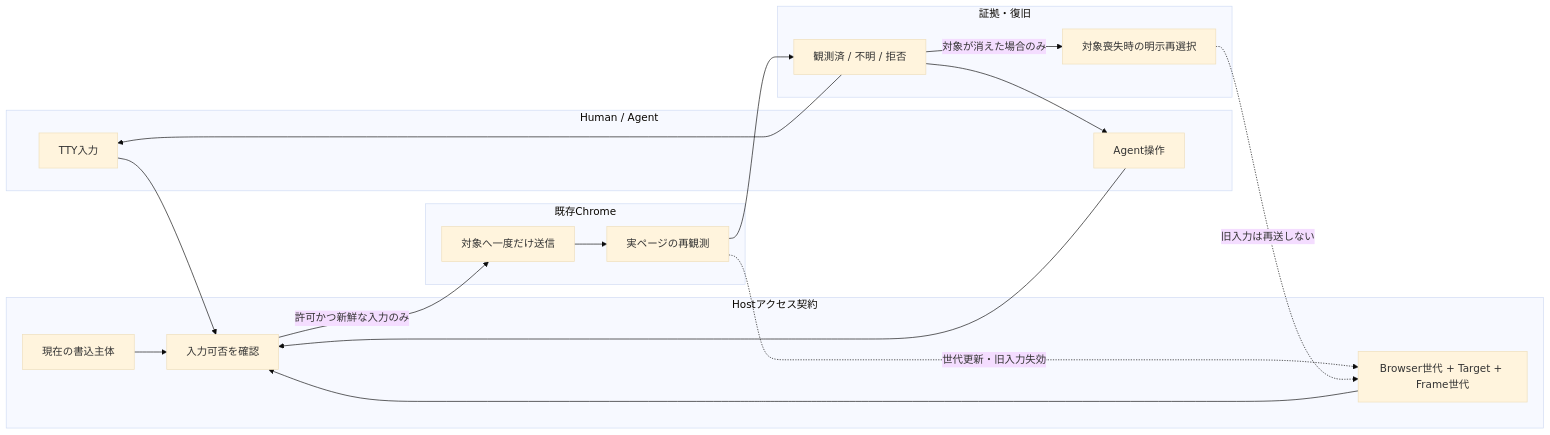
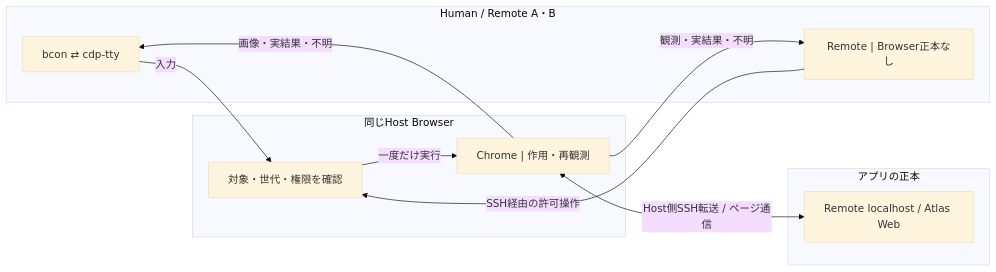
One commit to roccho-dev/resources changed the second of 3 diagrams in docs/nixos-tty-browser-host.md. Above: the diagram before and after it, drawn with Mermaid (base theme). The commit also changed other lines of this file and 3 other files, not shown here.

````diff
--- a/docs/nixos-tty-browser-host.md
+++ b/docs/nixos-tty-browser-host.md
@@ -73,32 +42,20 @@
 ```mermaid
 flowchart LR
-  subgraph ACTOR["Human / Agent"]
-    H["TTY入力"]
-    A["Agent操作"]
+  subgraph CLIENT["Human / Remote A・B"]
+    H["bcon ⇄ cdp-tty"]
+    R["Remote | Browser正本なし"]
   end
-  subgraph CONTROL["Hostアクセス契約"]
-    ID["Browser世代 + Target + Frame世代"]
-    GRANT["現在の書込主体"]
-    VALID["入力可否を確認"]
-    ID --> VALID
-    GRANT --> VALID
+  subgraph HOST["同じHost Browser"]
+    G["対象・世代・権限を確認"]
+    C["Chrome | 作用・再観測"]
+    H -->|"入力"| G
+    R -->|"SSH経由の許可操作"| G
+    G -->|"一度だけ実行"| C
+    C -->|"画像・実結果・不明"| H
+    C -->|"観測・実結果・不明"| R
   end
-  subgraph EXEC["既存Chrome"]
-    SEND["対象へ一度だけ送信"]
-    OBS["実ページの再観測"]
-    SEND --> OBS
+  subgraph APP["アプリの正本"]
+    D["Remote localhost / Atlas Web"]
   end
-  subgraph RESULT["証拠・復旧"]
-    R["観測済 / 不明 / 拒否"]
-    RE["対象喪失時の明示再選択"]
-    R -->|"対象が消えた場合のみ"| RE
-  end
-  H --> VALID
-  A --> VALID
-  VALID -->|"許可かつ新鮮な入力のみ"| SEND
-  OBS --> R
-  OBS -.->|"世代更新・旧入力失効"| ID
-  RE -.->|"旧入力は再送しない"| ID
-  R --> H
-  R --> A
+  C <-->|"Host側SSH転送 / ページ通信"| D
 ```
````
